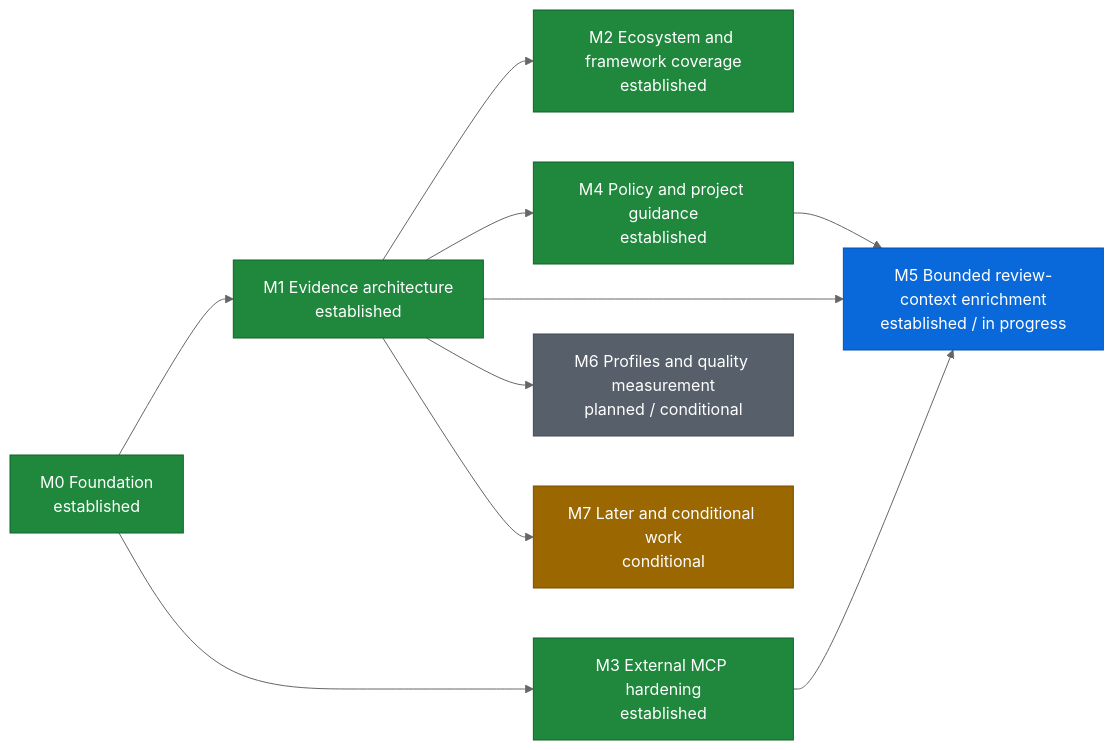
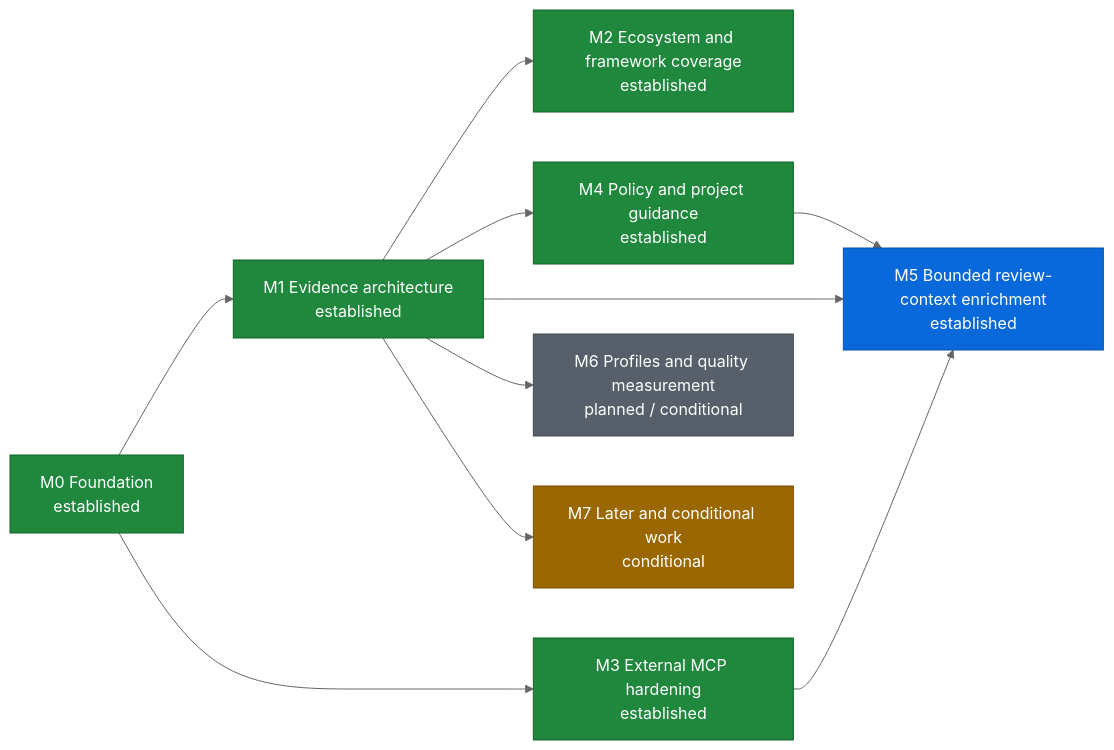
Before and after one commit to xeonvs/open-code-review-toolkit: the diagram in ROADMAP.md, drawn with Mermaid (neutral theme). The commit also changed other lines of this file and 24 other files, not shown here.

````diff
--- a/ROADMAP.md
+++ b/ROADMAP.md
@@ -8,22 +8,22 @@
 ```mermaid
 flowchart LR
     M0["M0 Foundation<br/>established"] --> M1["M1 Evidence architecture<br/>established"]
     M0 --> M3["M3 External MCP hardening<br/>established"]
     M1 --> M2["M2 Ecosystem and framework coverage<br/>established"]
     M1 --> M4["M4 Policy and project guidance<br/>established"]
-    M1 --> M5["M5 Bounded review-context enrichment<br/>established / in progress"]
+    M1 --> M5["M5 Bounded review-context enrichment<br/>established"]
     M3 --> M5
     M4 --> M5
     M1 --> M6["M6 Profiles and quality measurement<br/>planned / conditional"]
     M1 --> M7["M7 Later and conditional work<br/>conditional"]
 
     classDef established fill:#1f883d,stroke:#116329,color:#ffffff
     classDef next fill:#0969da,stroke:#0550ae,color:#ffffff
     classDef planned fill:#57606a,stroke:#424a53,color:#ffffff
     classDef conditional fill:#9a6700,stroke:#7d4e00,color:#ffffff
 
     class M0,M1,M2,M3,M4 established
     class M5 next
     class M6 planned
     class M7 conditional
 ```
````
